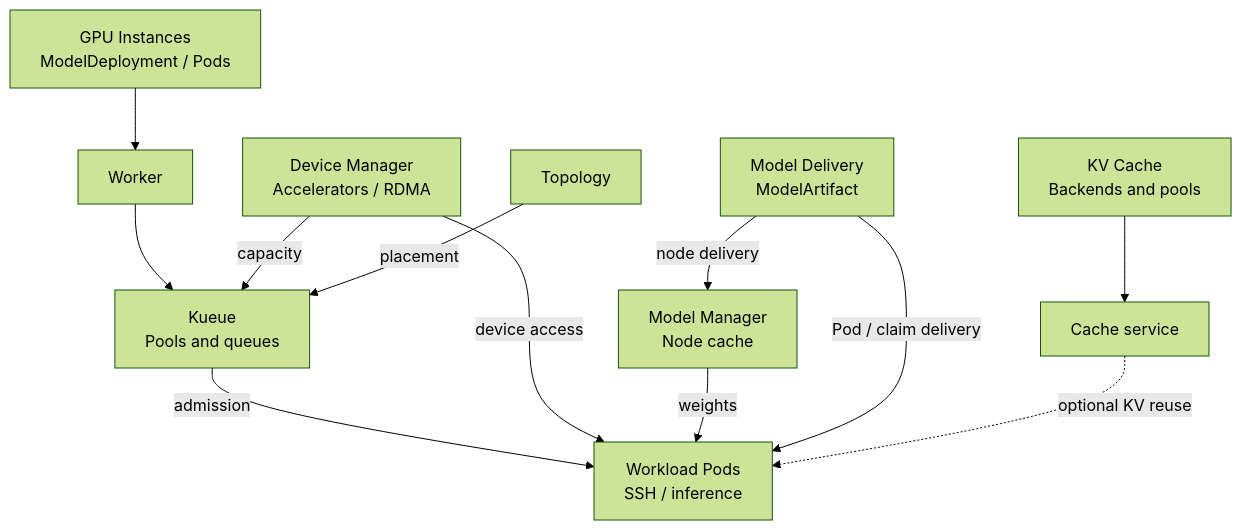
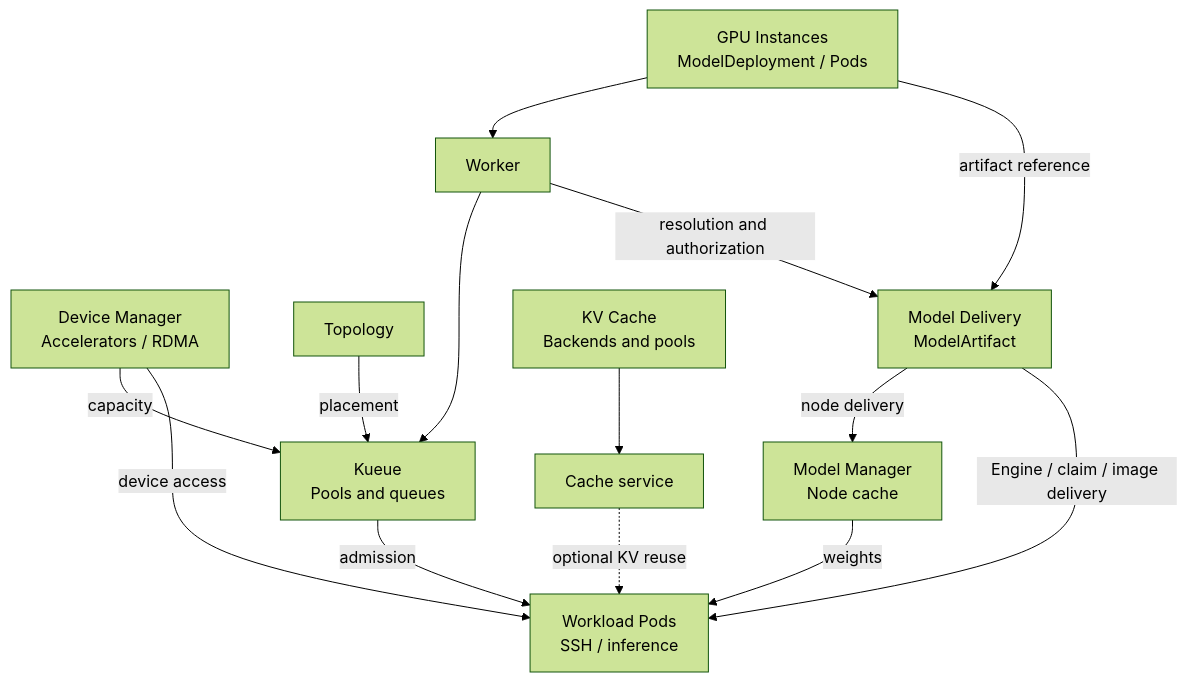
One commit to gpustack/gpustack-operator changed the diagram in docs/getting-started/architecture.md. Above: the diagram before and after it, drawn with Mermaid (forest theme). The commit also changed other lines of this file and 83 other files, not shown here.

````diff
--- a/docs/getting-started/architecture.md
+++ b/docs/getting-started/architecture.md
@@ -40,25 +41,27 @@
 ```mermaid
 flowchart TB
     REQUEST["GPU Instances<br/>ModelDeployment / Pods"]
     WORKER["Worker"]
     DEVICES["Device Manager<br/>Accelerators / RDMA"]
     TOPOLOGY["Topology"]
     QUEUES["Kueue<br/>Pools and queues"]
     ARTIFACT["Model Delivery<br/>ModelArtifact"]
     MODELS["Model Manager<br/>Node cache"]
     CACHE["KV Cache<br/>Backends and pools"]
     STORE["Cache service"]
     PODS["Workload Pods<br/>SSH / inference"]
 
     REQUEST --> WORKER
     WORKER --> QUEUES
     DEVICES -- "capacity" --> QUEUES
     TOPOLOGY -- "placement" --> QUEUES
     QUEUES -- "admission" --> PODS
     DEVICES -- "device access" --> PODS
+    REQUEST -- "artifact reference" --> ARTIFACT
+    WORKER -- "resolution and authorization" --> ARTIFACT
     ARTIFACT -- "node delivery" --> MODELS
     MODELS -- "weights" --> PODS
-    ARTIFACT -- "Pod / claim delivery" --> PODS
+    ARTIFACT -- "Engine / claim / image delivery" --> PODS
     CACHE --> STORE
     STORE -. "optional KV reuse" .-> PODS
 ```
````
